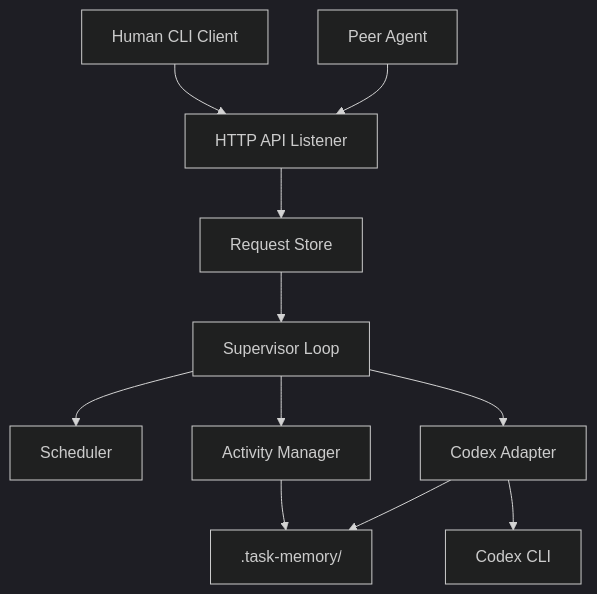
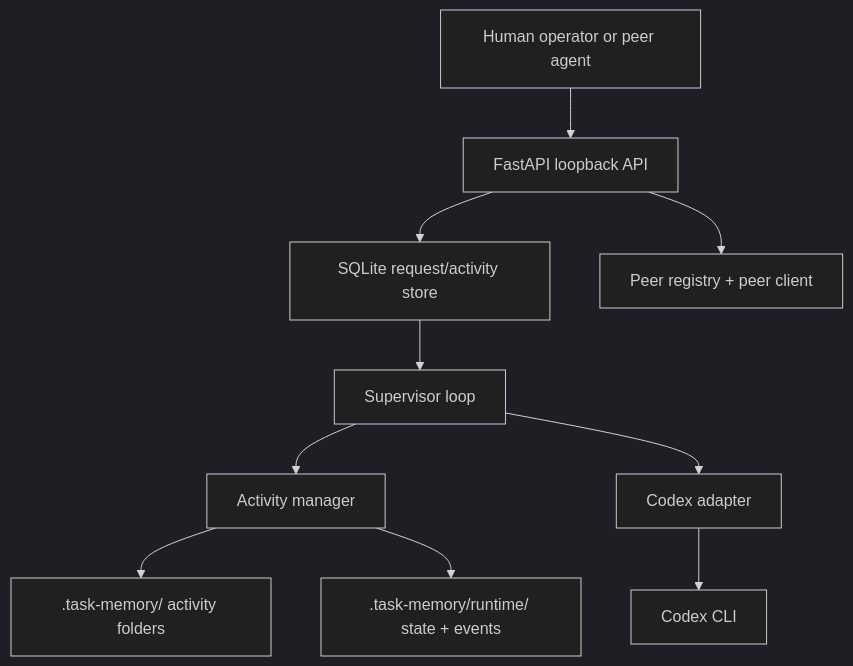
One commit to PJH6029/agent-ludens changed the first of 2 diagrams in docs/architecture.md. Above: the diagram before and after it, drawn with Mermaid (dark theme). The commit also changed other lines of this file and 10 other files, not shown here.

````diff
--- a/docs/architecture.md
+++ b/docs/architecture.md
@@ -7,13 +7,12 @@
 ```mermaid
 flowchart TD
-    A[Human CLI Client] --> B[HTTP API Listener]
-    C[Peer Agent] --> B
-    B --> D[Request Store]
-    D --> E[Supervisor Loop]
-    E --> F[Scheduler]
-    E --> G[Activity Manager]
-    E --> H[Codex Adapter]
-    G --> I[".task-memory/"]
-    H --> J[Codex CLI]
-    H --> I
+    A[Human operator or peer agent] --> B[FastAPI loopback API]
+    B --> C[SQLite request/activity store]
+    C --> D[Supervisor loop]
+    D --> E[Activity manager]
+    D --> F[Codex adapter]
+    E --> G[.task-memory/ activity folders]
+    E --> H[.task-memory/runtime/ state + events]
+    F --> I[Codex CLI]
+    B --> J[Peer registry + peer client]
 ```
````
